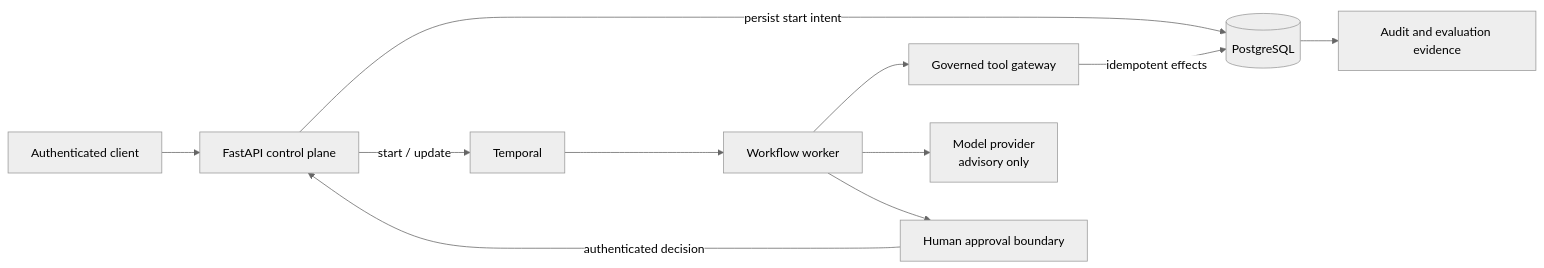
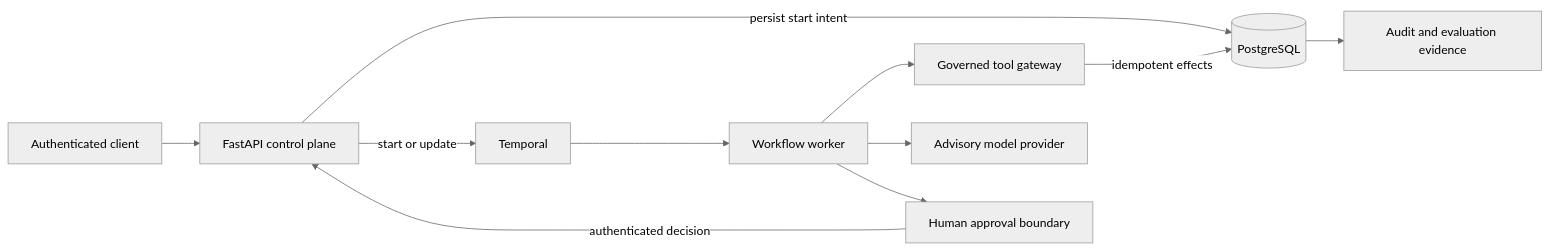
The diagram in README.md (kabbersokhi-boop/agents-should-survive-failure), drawn with Mermaid (neutral theme) before and after one commit. The commit also changed other lines of this file and 33 other files, not shown here.

````diff
--- a/README.md
+++ b/README.md
@@ -65,13 +47,13 @@
 ```mermaid
 flowchart LR
     C[Authenticated client] --> A[FastAPI control plane]
     A -->|persist start intent| P[(PostgreSQL)]
-    A -->|start / update| T[Temporal]
+    A -->|start or update| T[Temporal]
     T --> W[Workflow worker]
     W --> G[Governed tool gateway]
-    W --> M[Model provider<br/>advisory only]
+    W --> M[Advisory model provider]
     W --> H[Human approval boundary]
     G -->|idempotent effects| P
     H -->|authenticated decision| A
     P --> E[Audit and evaluation evidence]
 ```
````
